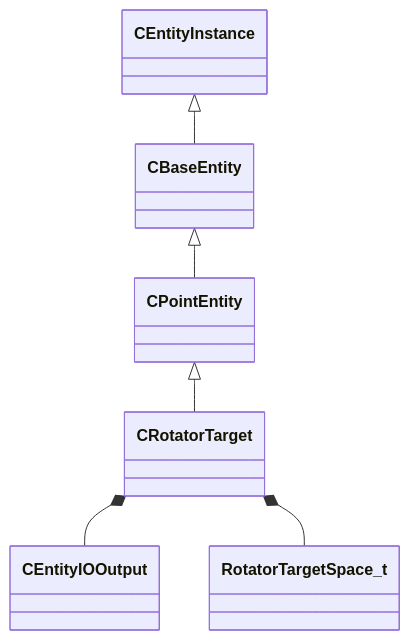
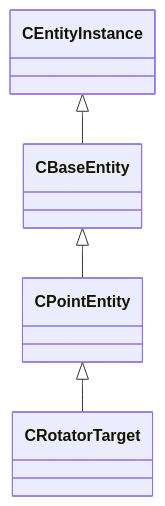
The diagram in docs/generated/schemas/server/CRotatorTarget.md (CS2OpenDev/CS2OpenDev-Docs), drawn with Mermaid before and after one commit. The commit also changed other lines of this file and 4654 other files, not shown here.

Commit message:
docs: regenerate for SchemaTracker build 25947352 [skip ci]

````diff
--- a/docs/generated/schemas/server/CRotatorTarget.md
+++ b/docs/generated/schemas/server/CRotatorTarget.md
@@ -19,8 +19,6 @@
 ```mermaid
 classDiagram
     CPointEntity <|-- CRotatorTarget
     CBaseEntity <|-- CPointEntity
     CEntityInstance <|-- CBaseEntity
-    CRotatorTarget *-- CEntityIOOutput
-    CRotatorTarget *-- RotatorTargetSpace_t
 ```
````
